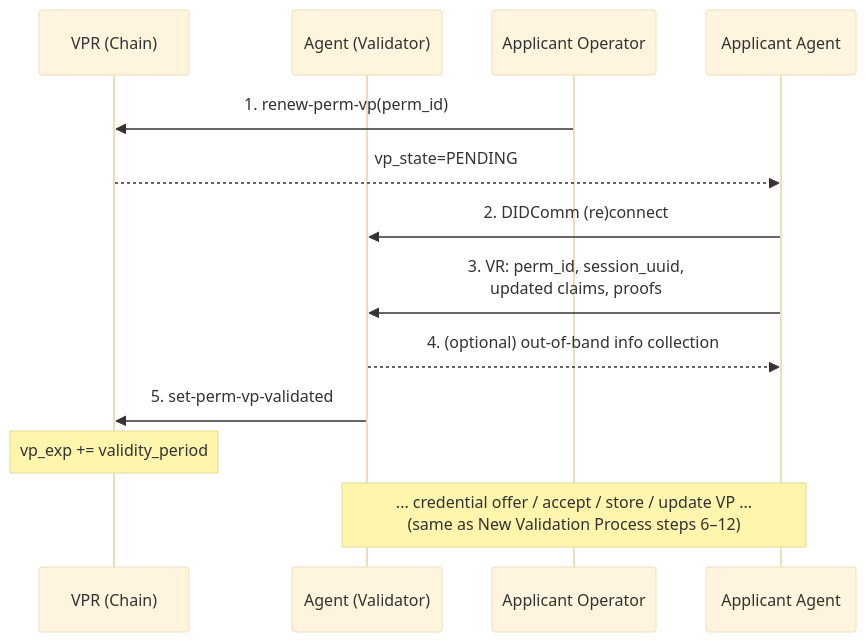
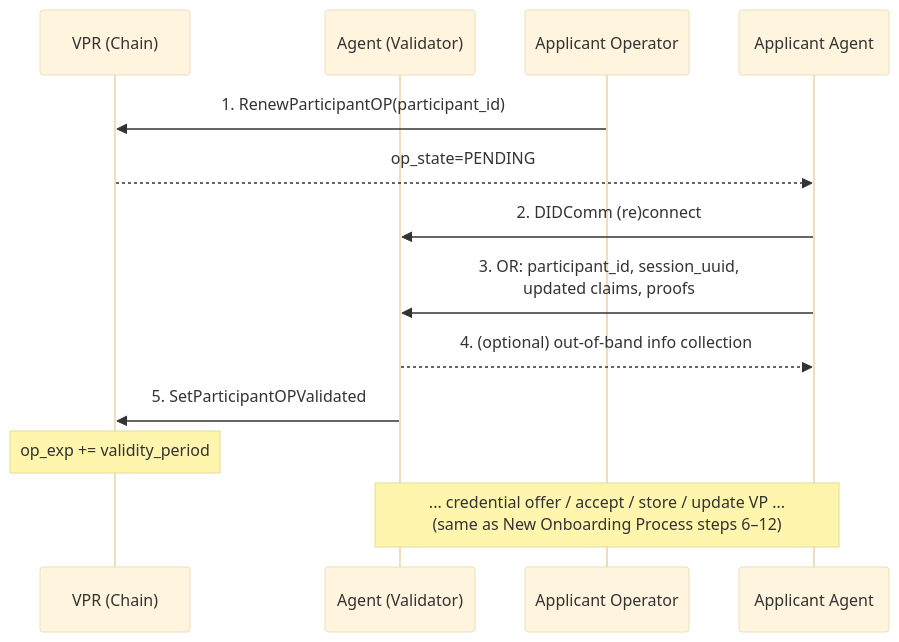
Before and after one commit to verana-labs/verana-spec: the fifth of 10 diagrams in v4/vs-agent/spec.md, drawn with Mermaid (base theme). The commit also changed other lines of this file and 3 other files, not shown here.

````diff
--- a/v4/vs-agent/spec.md
+++ b/v4/vs-agent/spec.md
@@ -394,15 +426,15 @@
 ```mermaid
 sequenceDiagram
     participant VPR as VPR (Chain)
     participant Validator as Agent (Validator)
 
-    Applicant Operator->>VPR: 1. renew-perm-vp(perm_id)
-    VPR-->>Applicant Agent: vp_state=PENDING
+    Applicant Operator->>VPR: 1. RenewParticipantOP(participant_id)
+    VPR-->>Applicant Agent: op_state=PENDING
     Applicant Agent->>Validator: 2. DIDComm (re)connect
-    Applicant Agent->>Validator: 3. VR: perm_id, session_uuid,<br/>updated claims, proofs
+    Applicant Agent->>Validator: 3. OR: participant_id, session_uuid,<br/>updated claims, proofs
     Validator-->>Applicant Agent: 4. (optional) out-of-band info collection
-    Validator->>VPR: 5. set-perm-vp-validated
-    Note over VPR: vp_exp += validity_period
+    Validator->>VPR: 5. SetParticipantOPValidated
+    Note over VPR: op_exp += validity_period
 
-    Note over Applicant Agent,Validator: ... credential offer / accept / store / update VP ...<br/>(same as New Validation Process steps 6–12)
+    Note over Applicant Agent,Validator: ... credential offer / accept / store / update VP ...<br/>(same as New Onboarding Process steps 6–12)
 ```
````
